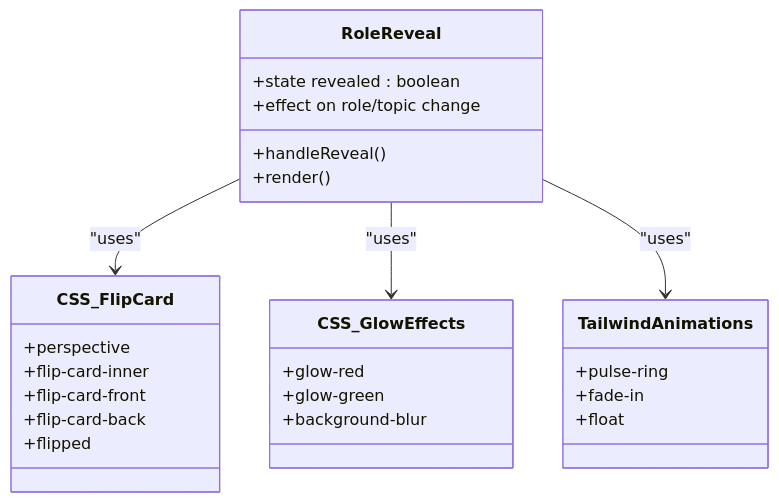
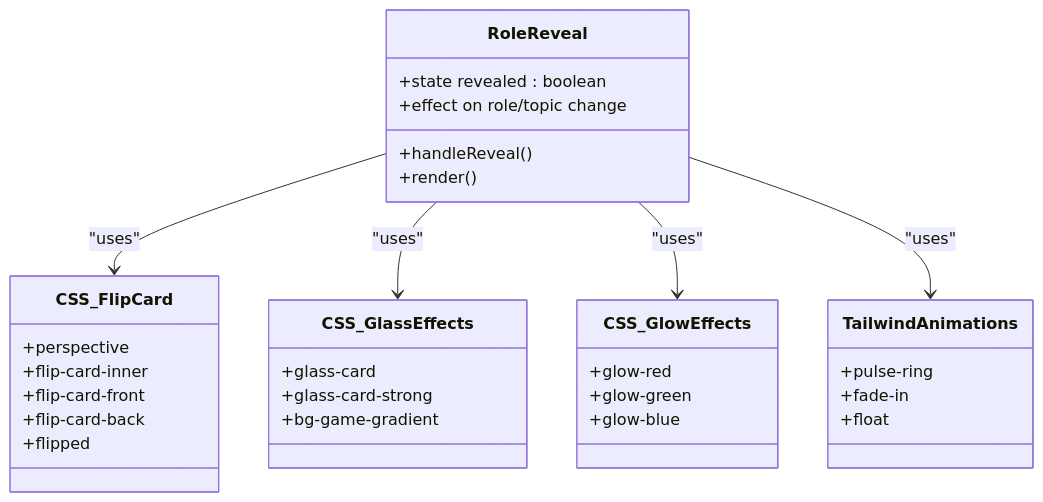
Before and after one commit to sparshgupta001/imposter_game: the sixth of 9 diagrams in .qoder/repowiki/en/content/Game Screens and UI Components/Role Reveal Screen.md, drawn with Mermaid. The commit also changed other lines of this file and 22 other files, not shown here.

````diff
--- a/.qoder/repowiki/en/content/Game Screens and UI Components/Role Reveal Screen.md
+++ b/.qoder/repowiki/en/content/Game Screens and UI Components/Role Reveal Screen.md
@@ -228,29 +237,35 @@
 ```mermaid
 classDiagram
 class RoleReveal {
 +state revealed : boolean
 +effect on role/topic change
 +handleReveal()
 +render()
 }
 class CSS_FlipCard {
 +perspective
 +flip-card-inner
 +flip-card-front
 +flip-card-back
 +flipped
 }
+class CSS_GlassEffects {
++glass-card
++glass-card-strong
++bg-game-gradient
+}
 class CSS_GlowEffects {
 +glow-red
 +glow-green
-+background-blur
++glow-blue
 }
 class TailwindAnimations {
 +pulse-ring
 +fade-in
 +float
 }
 RoleReveal --> CSS_FlipCard : "uses"
+RoleReveal --> CSS_GlassEffects : "uses"
 RoleReveal --> CSS_GlowEffects : "uses"
 RoleReveal --> TailwindAnimations : "uses"
 ```
````
